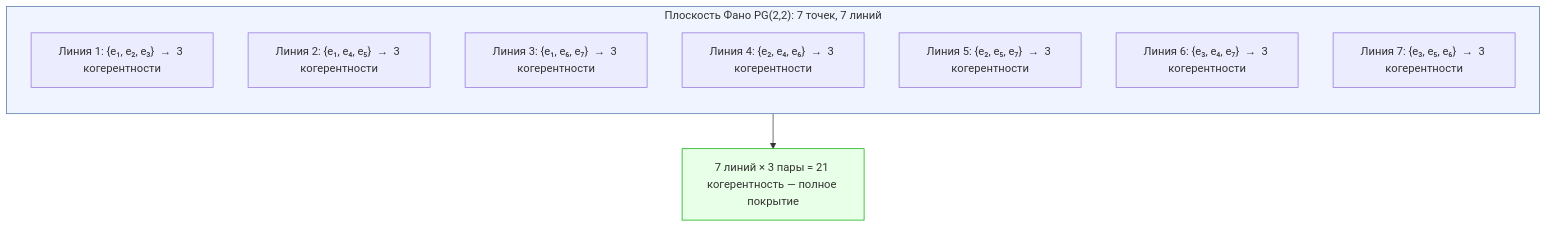
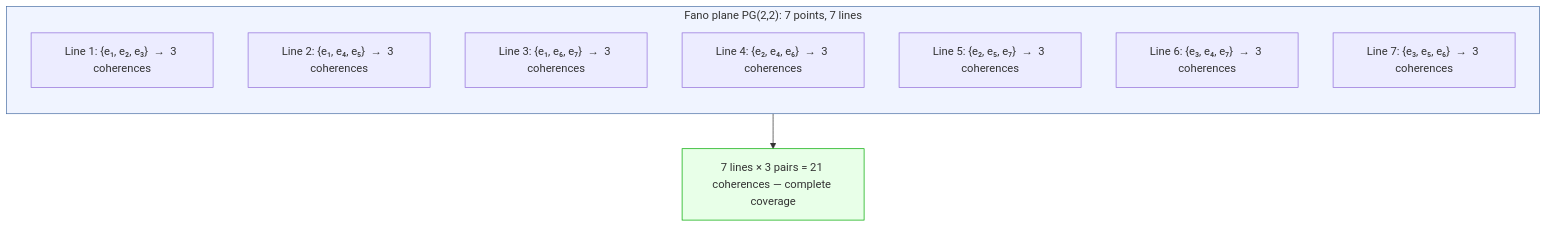
Before and after one commit to gst-st/uhm: the second of 2 diagrams in website/docs/consciousness/phenomenology/qualia-structure.md, drawn with Mermaid. The commit also changed other lines of this file and 79 other files, not shown here.

````diff
--- a/website/docs/consciousness/phenomenology/qualia-structure.md
+++ b/website/docs/consciousness/phenomenology/qualia-structure.md
@@ -309,19 +309,19 @@
 ```mermaid
 graph TD
-    subgraph Фано["Плоскость Фано PG(2,2): 7 точек, 7 линий"]
+    subgraph Fano["Fano plane PG(2,2): 7 points, 7 lines"]
         direction TB
-        T1["Линия 1: {e₁, e₂, e₃}  →  3 когерентности"]
-        T2["Линия 2: {e₁, e₄, e₅}  →  3 когерентности"]
-        T3["Линия 3: {e₁, e₆, e₇}  →  3 когерентности"]
-        T4["Линия 4: {e₂, e₄, e₆}  →  3 когерентности"]
-        T5["Линия 5: {e₂, e₅, e₇}  →  3 когерентности"]
-        T6["Линия 6: {e₃, e₄, e₇}  →  3 когерентности"]
-        T7["Линия 7: {e₃, e₅, e₆}  →  3 когерентности"]
+        T1["Line 1: {e₁, e₂, e₃}  →  3 coherences"]
+        T2["Line 2: {e₁, e₄, e₅}  →  3 coherences"]
+        T3["Line 3: {e₁, e₆, e₇}  →  3 coherences"]
+        T4["Line 4: {e₂, e₄, e₆}  →  3 coherences"]
+        T5["Line 5: {e₂, e₅, e₇}  →  3 coherences"]
+        T6["Line 6: {e₃, e₄, e₇}  →  3 coherences"]
+        T7["Line 7: {e₃, e₅, e₆}  →  3 coherences"]
     end
 
-    Total["7 линий × 3 пары = 21 когерентность — полное покрытие"]
-    Фано --> Total
+    Total["7 lines × 3 pairs = 21 coherences — complete coverage"]
+    Fano --> Total
 
-    style Фано fill:#f0f4ff,stroke:#4a6fa5
+    style Fano fill:#f0f4ff,stroke:#4a6fa5
     style Total fill:#e8ffe8,stroke:#00aa00
 ```
````
